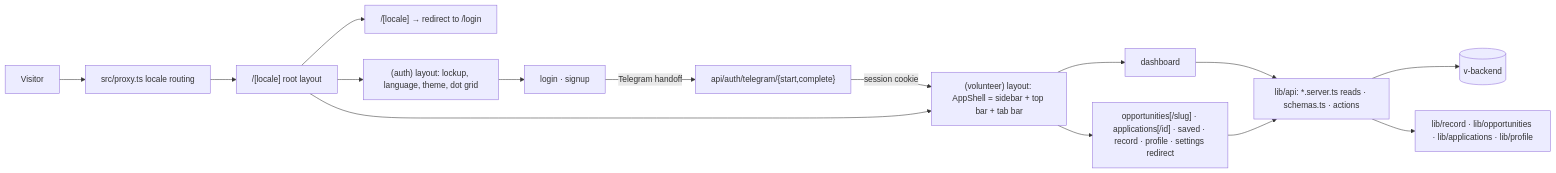
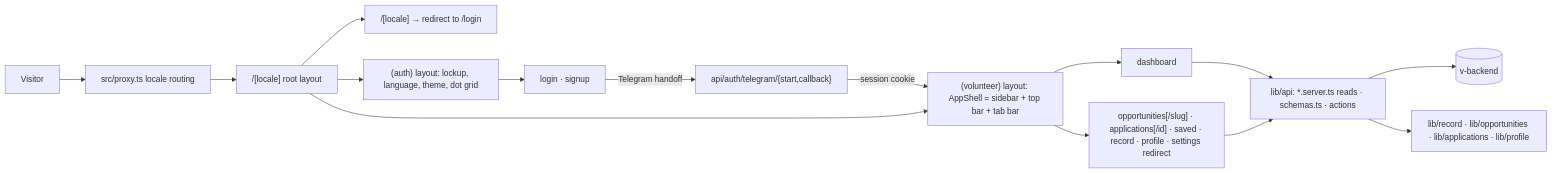
The diagram in docs/architecture/ARCHITECTURE.md (volontyorlarOrg/v-app), drawn with Mermaid before and after one commit. The commit also changed other lines of this file and 19 other files, not shown here.

First line of the commit message:
feat(auth): hand sign-in to Telegram's OpenID Connect page

````diff
--- a/docs/architecture/ARCHITECTURE.md
+++ b/docs/architecture/ARCHITECTURE.md
@@ -11,17 +11,17 @@
 ```mermaid
 flowchart LR
   Visitor --> Proxy[src/proxy.ts locale routing]
   Proxy --> Locale["/[locale] root layout"]
   Locale --> Root["/[locale] → redirect to /login"]
   Locale --> Auth["(auth) layout: lockup, language, theme, dot grid"]
   Auth --> AuthPages["login · signup"]
-  AuthPages -- Telegram handoff --> Handlers["api/auth/telegram/{start,complete}"]
+  AuthPages -- Telegram handoff --> Handlers["api/auth/telegram/{start,callback}"]
   Handlers -- session cookie --> Panel
   Locale --> Panel["(volunteer) layout: AppShell = sidebar + top bar + tab bar"]
   Panel --> Dashboard["dashboard"]
   Panel --> Sections["opportunities[/slug] · applications[/id] · saved · record · profile · settings redirect"]
   Dashboard --> Api["lib/api: *.server.ts reads · schemas.ts · actions"]
   Sections --> Api
   Api --> Backend[("v-backend")]
   Api --> Rules["lib/record · lib/opportunities · lib/applications · lib/profile"]
 ```
````
